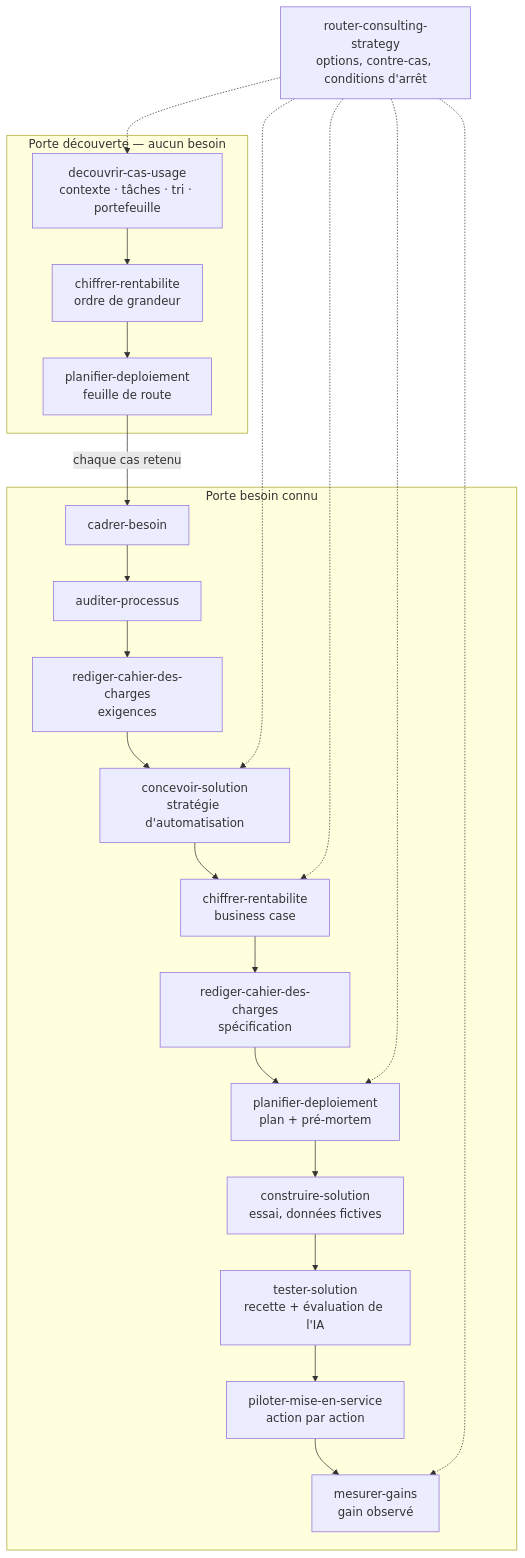
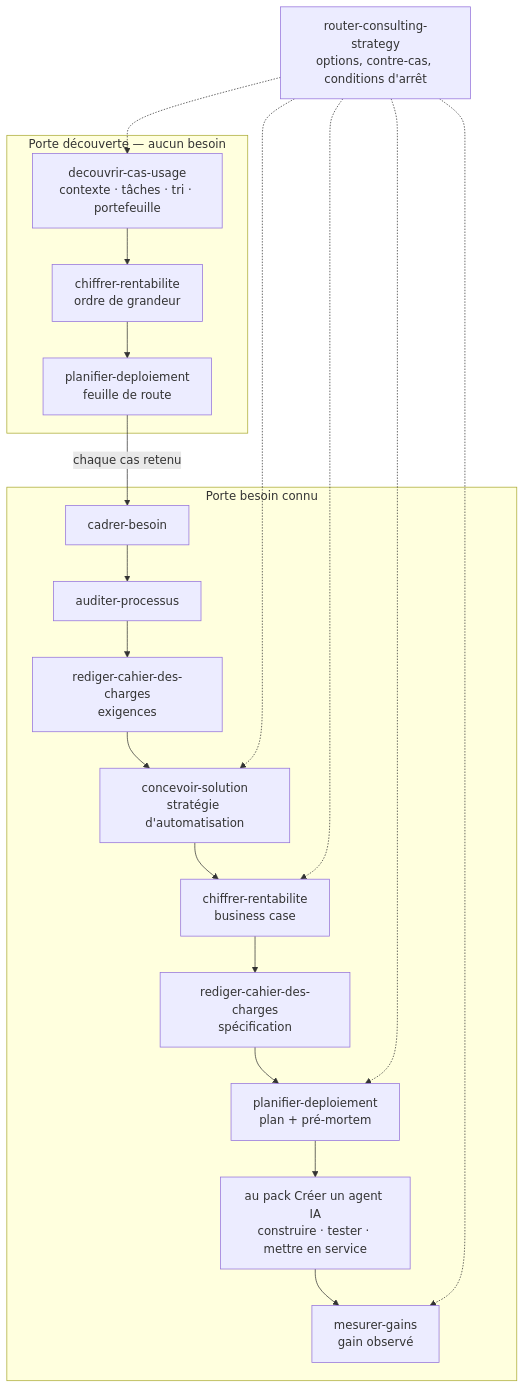
Before and after one commit to Gremelinn0/productivity-consultant-ia: the diagram in README.md, drawn with Mermaid. The commit also changed other lines of this file and 9 other files, not shown here.

Commit message:
Le pack se recentre sur le conseil : décider et mesurer ; construire, tester et mettre en service passent au pack Créer un agent IA (décision du 09/11)

````diff
--- a/README.md
+++ b/README.md
@@ -39,25 +39,23 @@
 ```mermaid
 flowchart TB
   subgraph P2["Porte découverte — aucun besoin"]
     D["decouvrir-cas-usage<br/>contexte · tâches · tri · portefeuille"] --> C2["chiffrer-rentabilite<br/>ordre de grandeur"]
     C2 --> F["planifier-deploiement<br/>feuille de route"]
   end
   subgraph P1["Porte besoin connu"]
     B["cadrer-besoin"] --> A["auditer-processus"]
     A --> X["rediger-cahier-des-charges<br/>exigences"]
     X --> S["concevoir-solution<br/>stratégie d'automatisation"]
     S --> R["chiffrer-rentabilite<br/>business case"]
     R --> P["rediger-cahier-des-charges<br/>spécification"]
     P --> PL["planifier-deploiement<br/>plan + pré-mortem"]
-    PL --> K["construire-solution<br/>essai, données fictives"]
-    K --> T["tester-solution<br/>recette + évaluation de l'IA"]
-    T --> M["piloter-mise-en-service<br/>action par action"]
-    M --> G["mesurer-gains<br/>gain observé"]
+    PL --> H["au pack Créer un agent IA<br/>construire · tester · mettre en service"]
+    H --> G["mesurer-gains<br/>gain observé"]
   end
   F -- "chaque cas retenu" --> B
   CS["router-consulting-strategy<br/>options, contre-cas, conditions d'arrêt"] -.-> D
   CS -.-> S
   CS -.-> R
   CS -.-> PL
   CS -.-> G
 ```
````
